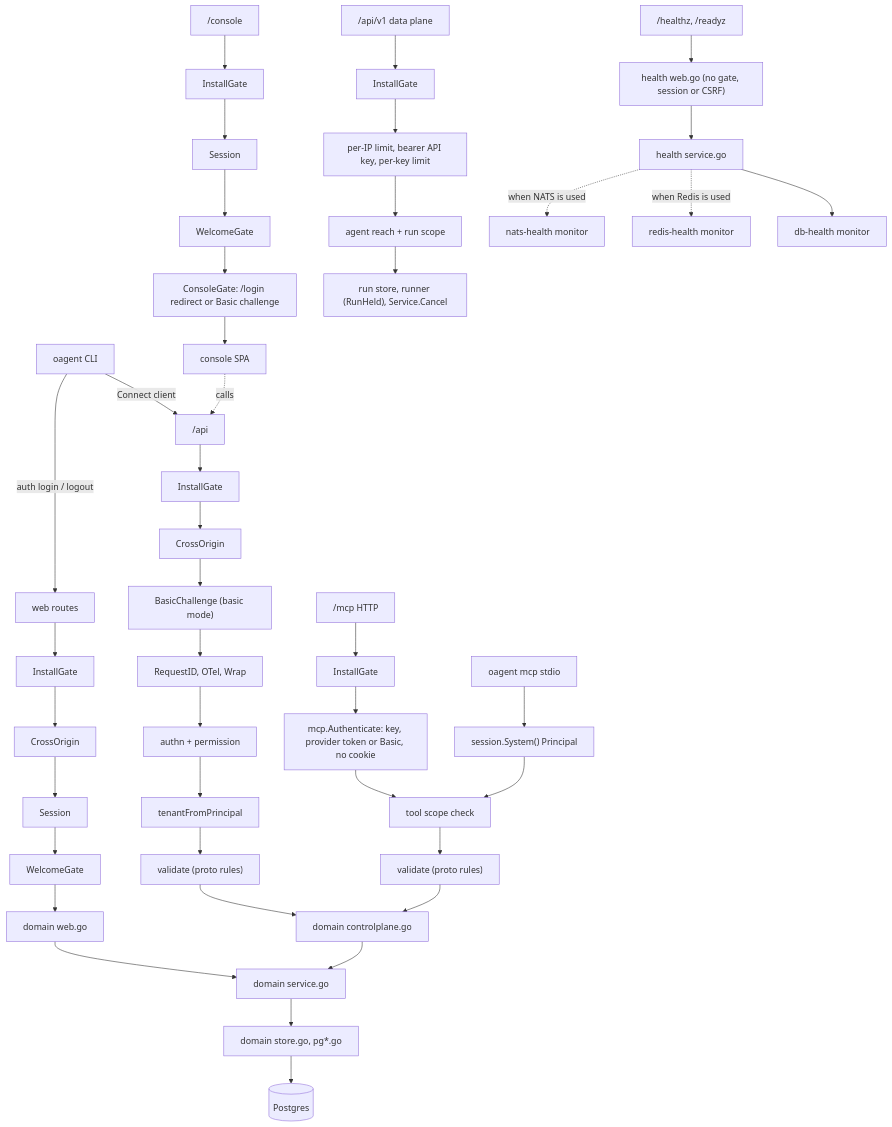
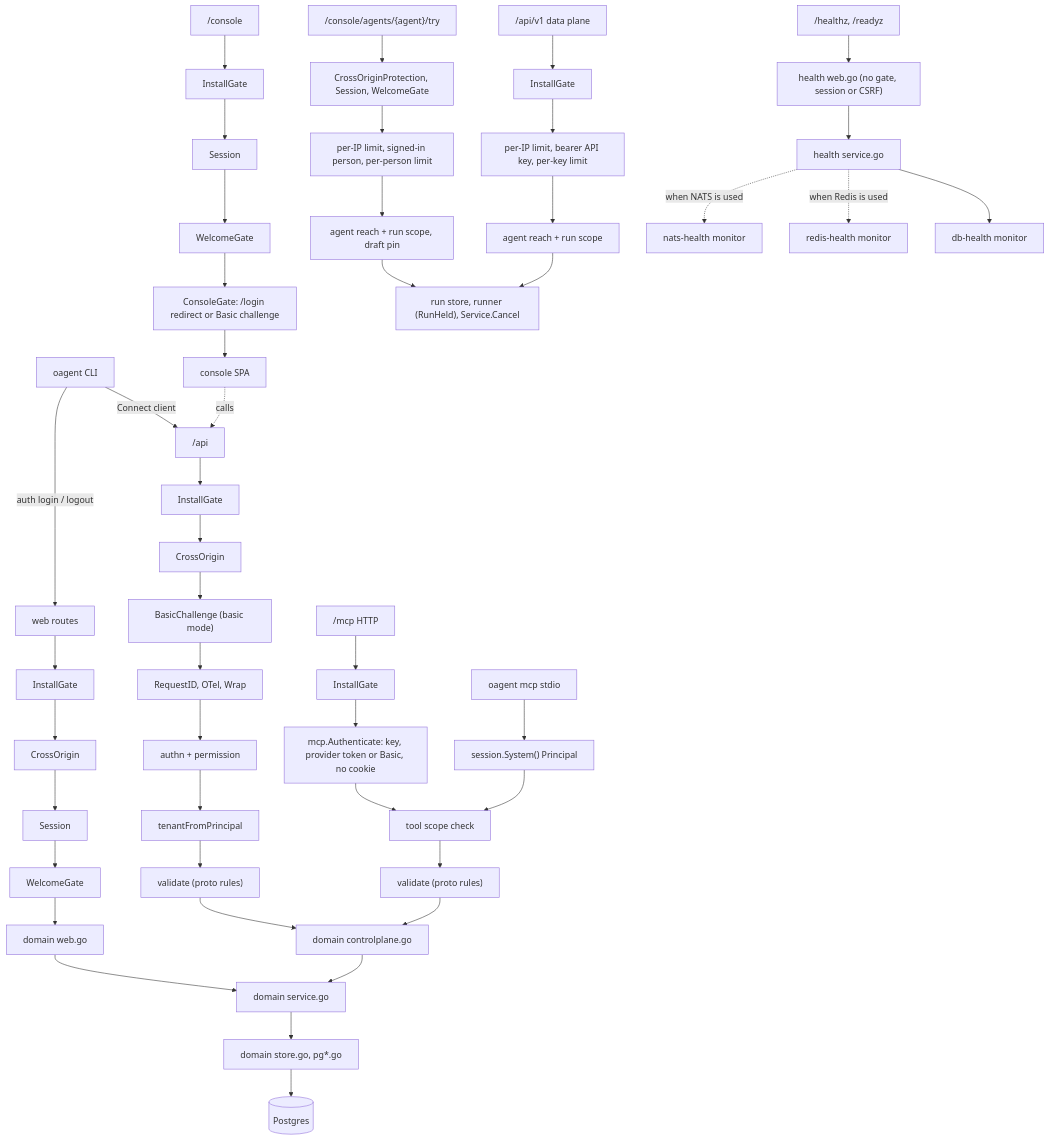
The second of 3 diagrams in internal/boot/README.md (altalune-id/oagent), drawn with Mermaid before and after one commit. The commit also changed other lines of this file and 86 other files, not shown here.

Commit message:
feat(console): run an agent's unpublished draft from Try it (#77)

````diff
--- a/internal/boot/README.md
+++ b/internal/boot/README.md
@@ -49,19 +49,20 @@
 ```mermaid
 flowchart TD
     CLI["oagent CLI"] -- Connect client --> API
     CLI -- "auth login / logout" --> WEB
     API["/api"] --> G1[InstallGate] --> C1[CrossOrigin] --> B1["BasicChallenge (basic mode)"] --> I1["RequestID, OTel, Wrap"] --> I2["authn + permission"] --> I3[tenantFromPrincipal] --> V1["validate (proto rules)"] --> DC
     WEB["web routes"] --> G2[InstallGate] --> C2[CrossOrigin] --> S2[Session] --> W2[WelcomeGate] --> DW
     CON["/console"] --> G3[InstallGate] --> S3[Session] --> W3[WelcomeGate] --> CG3["ConsoleGate: /login redirect or Basic challenge"] --> SPA[console SPA]
     SPA -. calls .-> API
     MCPH["/mcp HTTP"] --> G4[InstallGate] --> A4["mcp.Authenticate: key, provider token or Basic, no cookie"] --> T4["tool scope check"] --> V4["validate (proto rules)"] --> DC
     MCPS["oagent mcp stdio"] --> SYS["session.System() Principal"] --> T4
     DP["/api/v1 data plane"] --> G5[InstallGate] --> L5["per-IP limit, bearer API key, per-key limit"] --> R5["agent reach + run scope"] --> RUN["run store, runner (RunHeld), Service.Cancel"]
+    TRY["/console/agents/{agent}/try"] --> C6["CrossOriginProtection, Session, WelcomeGate"] --> L6["per-IP limit, signed-in person, per-person limit"] --> R6["agent reach + run scope, draft pin"] --> RUN
     LB["/healthz, /readyz"] --> HW["health web.go (no gate, session or CSRF)"] --> HS["health service.go"] --> DBH["db-health monitor"]
     HS -. "when Redis is used" .-> RDH["redis-health monitor"]
     HS -. "when NATS is used" .-> NAH["nats-health monitor"]
 
     DC["domain controlplane.go"] --> SVC["domain service.go"]
     DW["domain web.go"] --> SVC
     SVC --> ST["domain store.go, pg*.go"] --> PG[(Postgres)]
 ```
````
